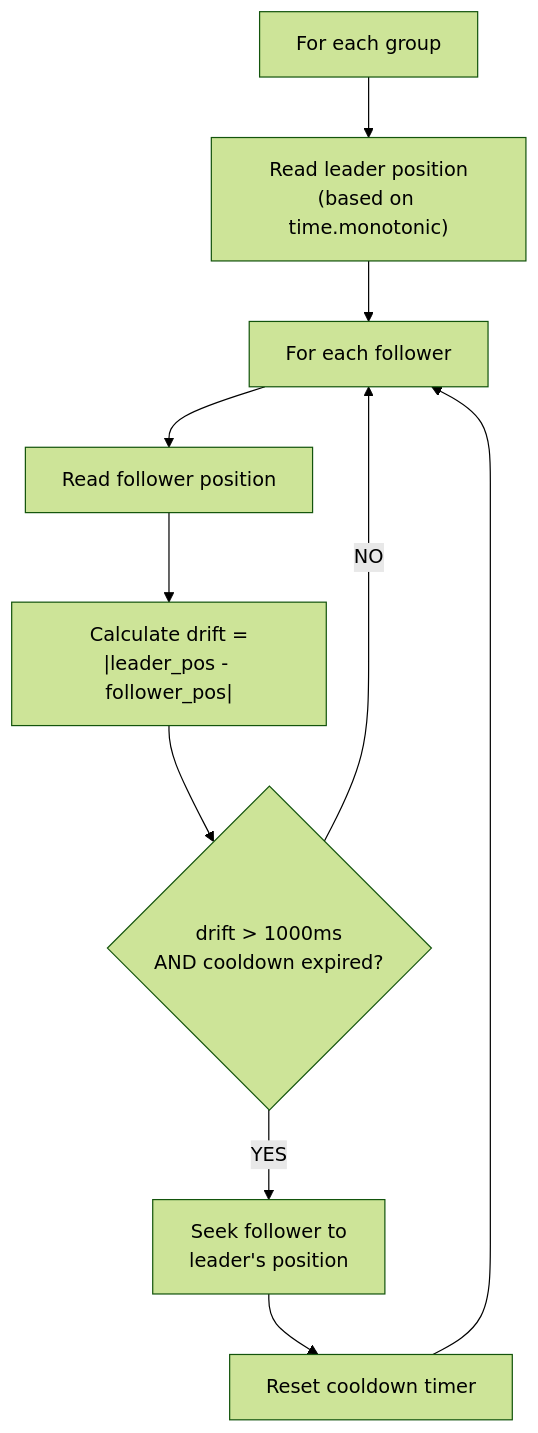
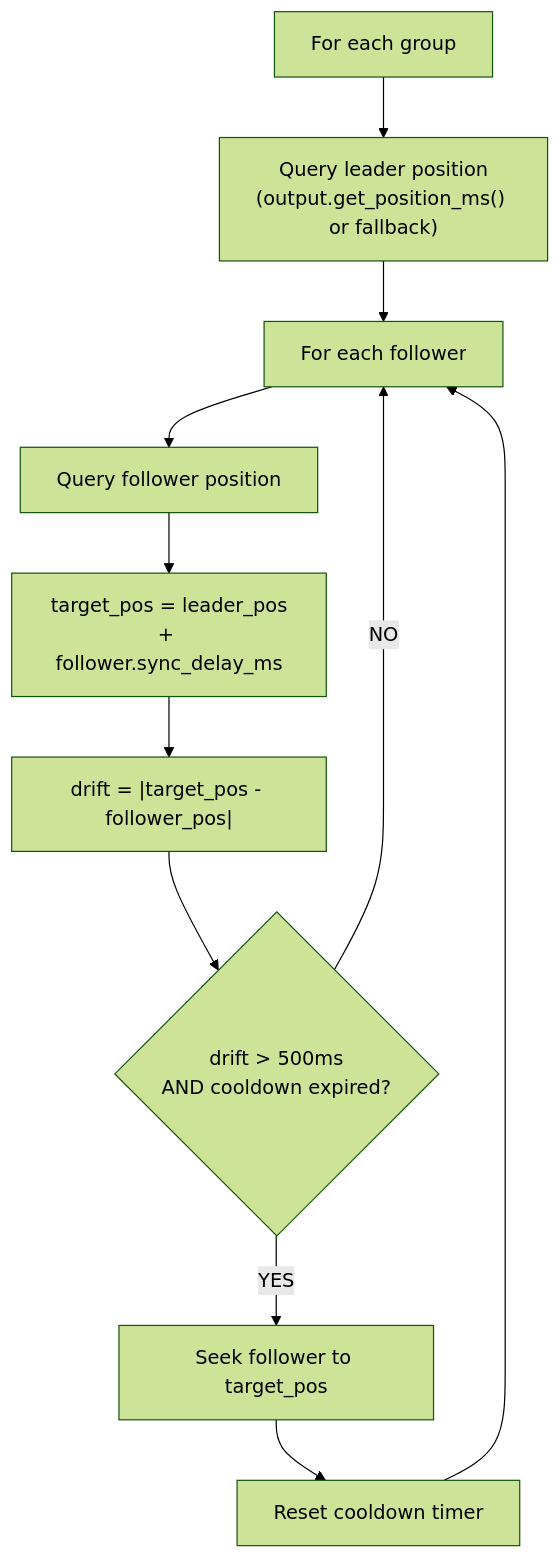
Before and after one commit to renesenses/tune-server-linux: the fifth of 6 diagrams in docs/multi-room.md, drawn with Mermaid (forest theme). The commit also changed other lines of this file and 16 other files, not shown here.

First line of the commit message:
feat: improve multi-room sync with adaptive polling, position queries, and per-zone offset

````diff
--- a/docs/multi-room.md
+++ b/docs/multi-room.md
@@ -85,12 +158,13 @@
 ```mermaid
 flowchart TD
-    START["For each group"] --> READ["Read leader position<br>(based on time.monotonic)"]
+    START["For each group"] --> READ["Query leader position<br>(output.get_position_ms() or fallback)"]
     READ --> LOOP["For each follower"]
-    LOOP --> FPOS["Read follower position"]
-    FPOS --> DRIFT["Calculate drift =<br>|leader_pos - follower_pos|"]
-    DRIFT --> CHECK{"drift > 1000ms<br>AND cooldown expired?"}
-    CHECK -->|YES| SEEK["Seek follower to<br>leader's position"]
+    LOOP --> FPOS["Query follower position"]
+    FPOS --> TARGET["target_pos = leader_pos<br>+ follower.sync_delay_ms"]
+    TARGET --> DRIFT["drift = |target_pos - follower_pos|"]
+    DRIFT --> CHECK{"drift > 500ms<br>AND cooldown expired?"}
+    CHECK -->|YES| SEEK["Seek follower to target_pos"]
     SEEK --> RESET["Reset cooldown timer"]
     RESET --> LOOP
     CHECK -->|NO| LOOP
 ```
````
